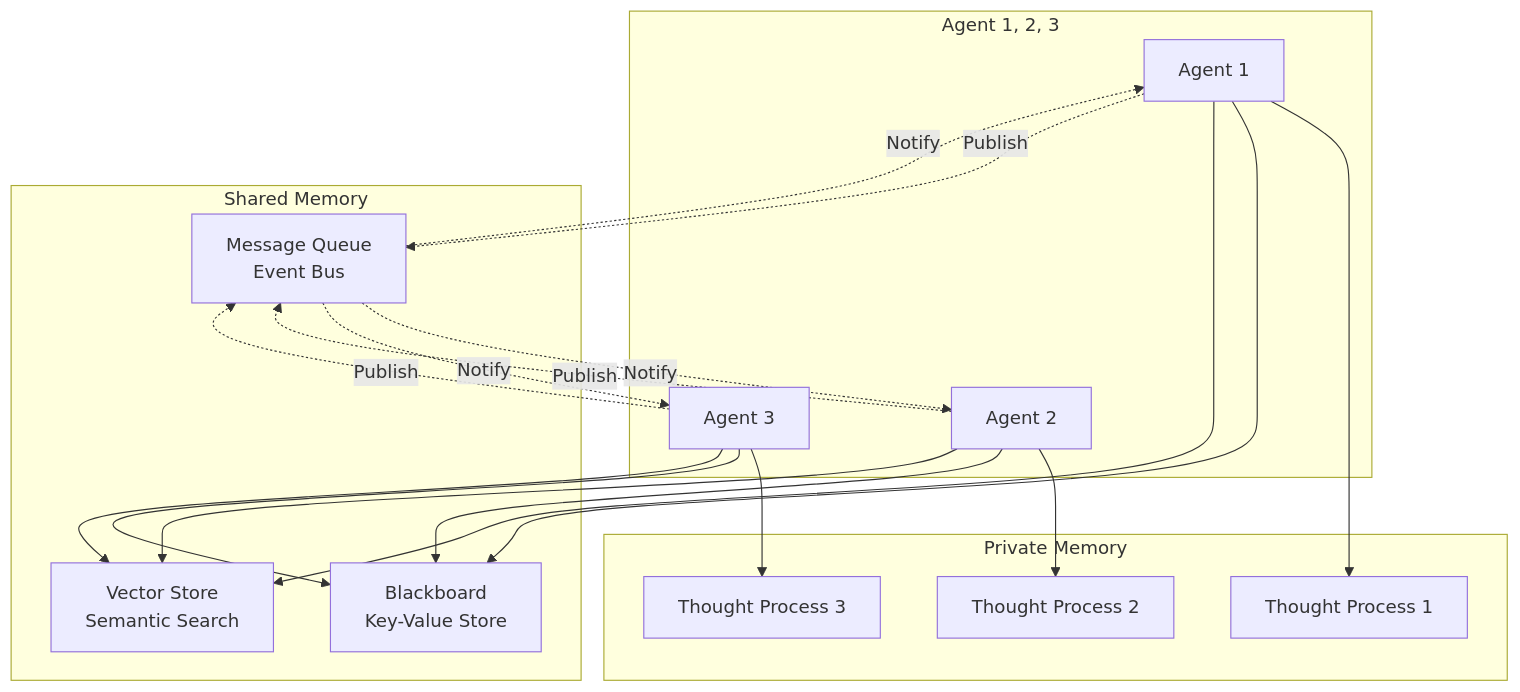
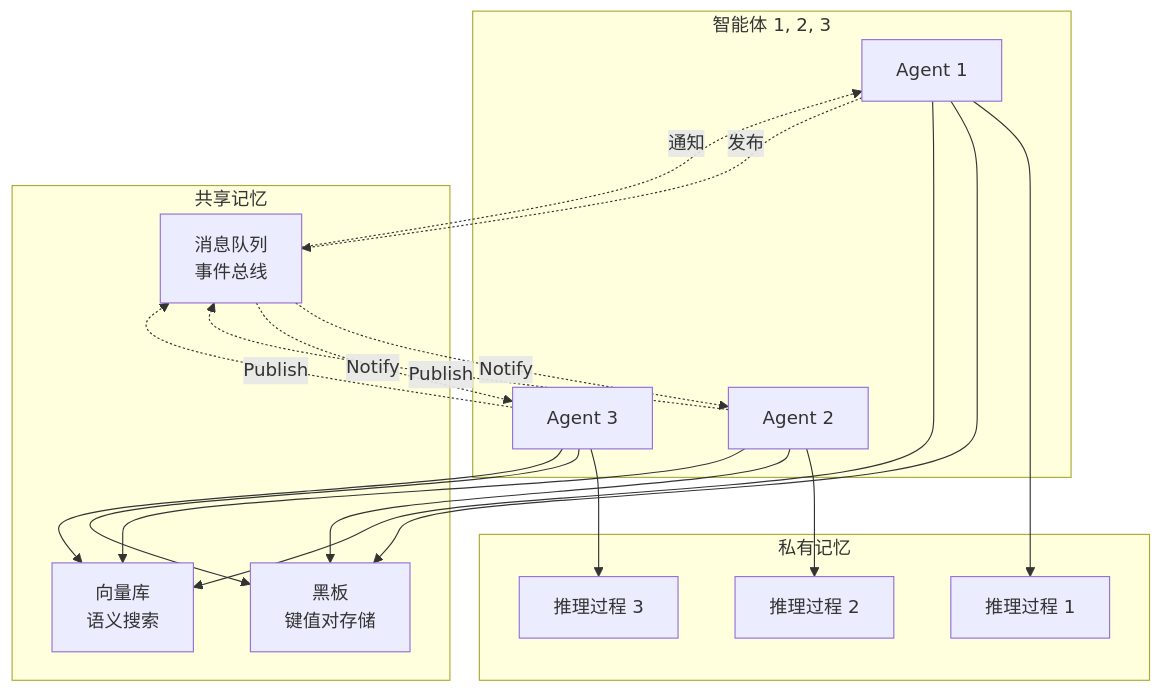
Before and after one commit to YiWang24/AiDIY: the eighth of 8 diagrams in i18n/zh-Hans/docusaurus-plugin-content-docs/current/ai/agents/architecture.mdx, drawn with Mermaid. The commit also changed other lines of this file and 59 other files, not shown here.

````diff
--- a/i18n/zh-Hans/docusaurus-plugin-content-docs/current/ai/agents/architecture.mdx
+++ b/i18n/zh-Hans/docusaurus-plugin-content-docs/current/ai/agents/architecture.mdx
@@ -1773,40 +1773,40 @@
 ```mermaid
 flowchart TB
-    subgraph Agents["Agent 1, 2, 3"]
+    subgraph Agents["智能体 1, 2, 3"]
         A1[Agent 1]
         A2[Agent 2]
         A3[Agent 3]
     end
 
-    subgraph Private["Private Memory"]
-        P1[Thought Process 1]
-        P2[Thought Process 2]
-        P3[Thought Process 3]
+    subgraph Private["私有记忆"]
+        P1[推理过程 1]
+        P2[推理过程 2]
+        P3[推理过程 3]
     end
 
-    subgraph Shared["Shared Memory"]
-        BB[Blackboard<br/>Key-Value Store]
-        VS[Vector Store<br/>Semantic Search]
-        MQ[Message Queue<br/>Event Bus]
+    subgraph Shared["共享记忆"]
+        BB[黑板<br/>键值对存储]
+        VS[向量库<br/>语义搜索]
+        MQ[消息队列<br/>事件总线]
     end
 
     A1 --> P1
     A2 --> P2
     A3 --> P3
 
     A1 --> BB
     A2 --> BB
     A3 --> BB
 
     A1 --> VS
     A2 --> VS
     A3 --> VS
 
-    A1 -.Publish.-> MQ
+    A1 -.发布.-> MQ
     A2 -.Publish.-> MQ
     A3 -.Publish.-> MQ
 
-    MQ -.Notify.-> A1
+    MQ -.通知.-> A1
     MQ -.Notify.-> A2
     MQ -.Notify.-> A3
 ```
````
